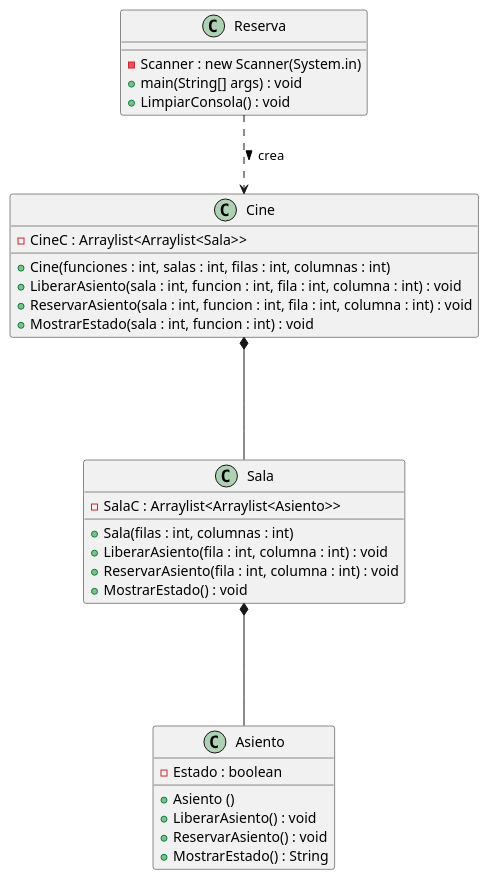
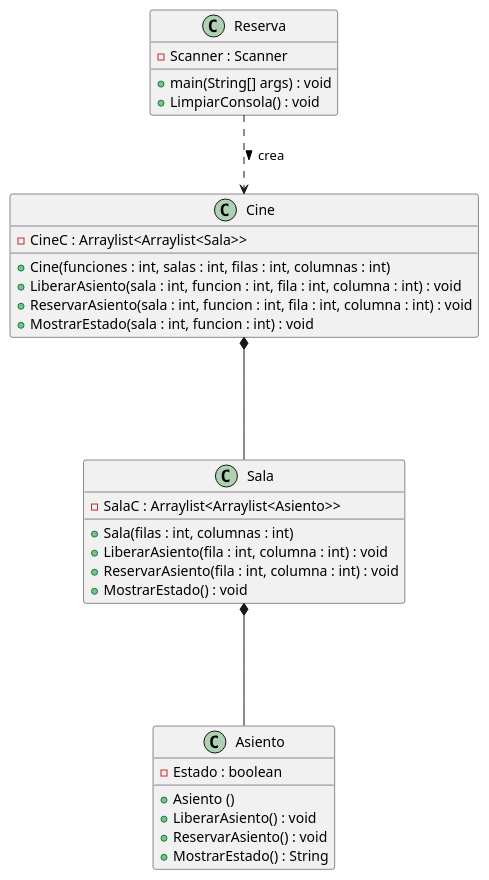
The diagram in src/Diagrama_Cine.puml (Kuripipeer/PR_Sistema_de_reservas_cine), drawn with PlantUML before and after one commit.

Commit message:
Cambio en el puml para referenciar a al Scanner

```diff
--- a/src/Diagrama_Cine.puml
+++ b/src/Diagrama_Cine.puml
@@ -1,38 +1,38 @@
 @startuml Sistema de reservas para cine
 
 class Asiento {
 
     - Estado : boolean
     + Asiento ()
     + LiberarAsiento() : void
     + ReservarAsiento() : void
     + MostrarEstado() : String
 }
 
 class Sala{
     - SalaC : Arraylist<Arraylist<Asiento>>
     + Sala(filas : int, columnas : int)
     + LiberarAsiento(fila : int, columna : int) : void
     + ReservarAsiento(fila : int, columna : int) : void
     + MostrarEstado() : void
 }
 
 class Cine{
     - CineC : Arraylist<Arraylist<Sala>>
     + Cine(funciones : int, salas : int, filas : int, columnas : int)
     + LiberarAsiento(sala : int, funcion : int, fila : int, columna : int) : void
     + ReservarAsiento(sala : int, funcion : int, fila : int, columna : int) : void
     + MostrarEstado(sala : int, funcion : int) : void
 }
 
 class Reserva {
-    - Scanner : new Scanner(System.in)
+    - Scanner : Scanner
     + main(String[] args) : void
     + LimpiarConsola() : void
 }
 
 Cine *--- Sala
 Sala *--- Asiento
 Reserva ..> Cine : crea >
 
 @enduml
```
